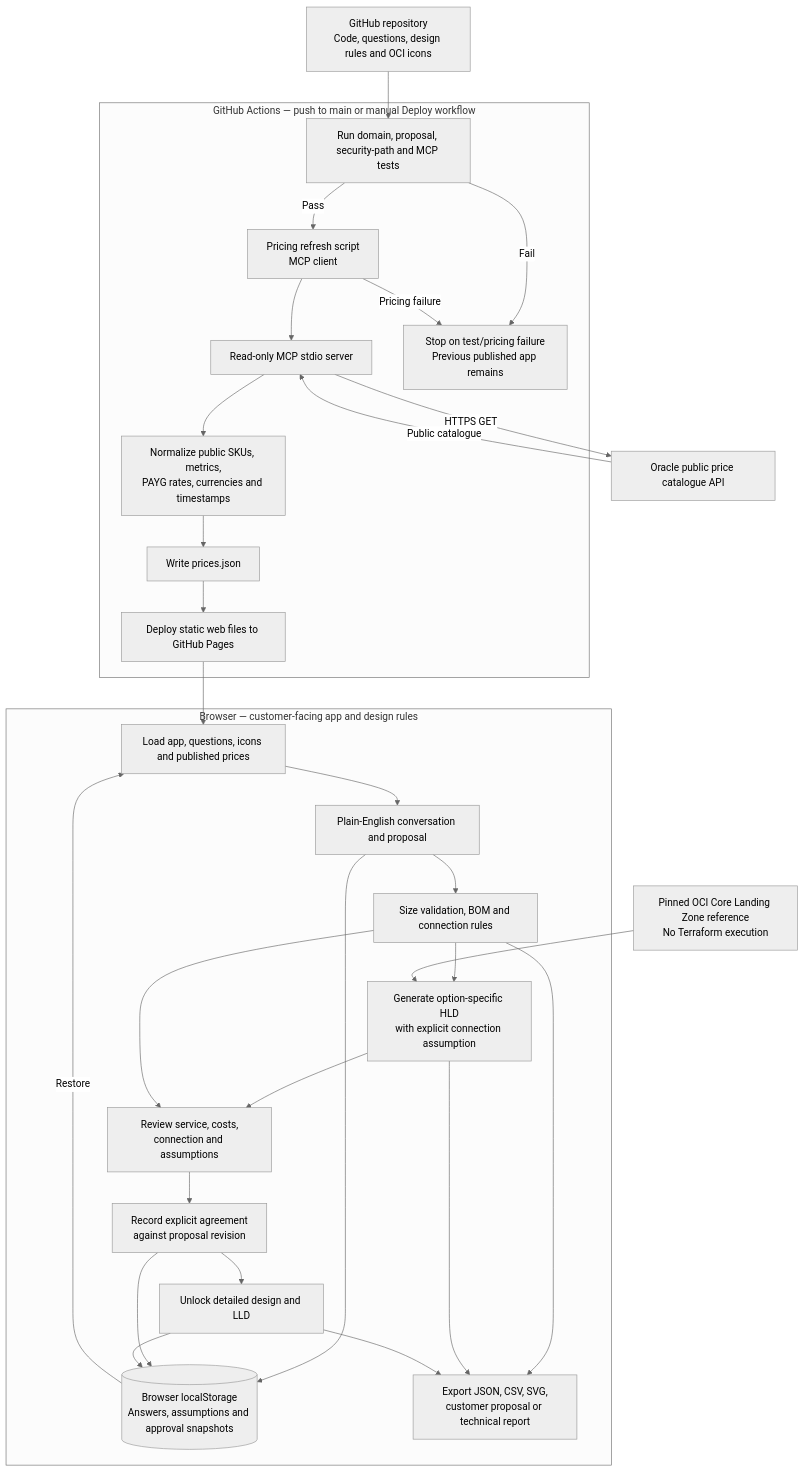
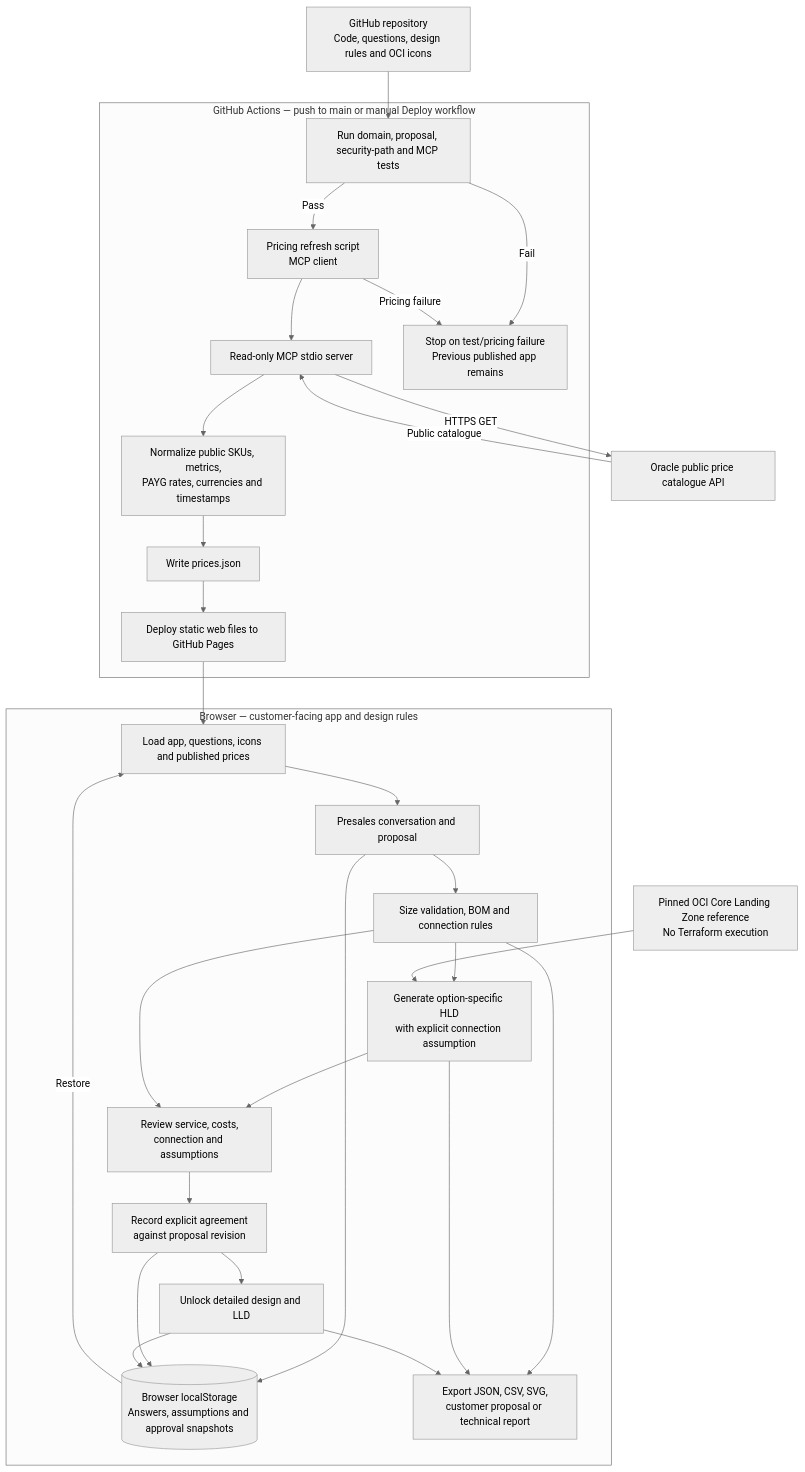
One commit to Ej4z4K/adb-design-studio changed the first of 3 diagrams in docs/backend-flow.md. Above: the diagram before and after it, drawn with Mermaid (neutral theme). The commit also changed other lines of this file and 7 other files, not shown here.

````diff
--- a/docs/backend-flow.md
+++ b/docs/backend-flow.md
@@ -7,44 +7,44 @@
 ```mermaid
 flowchart TB
     REPO["GitHub repository<br/>Code, questions, design rules and OCI icons"]
     subgraph ACTIONS["GitHub Actions — push to main or manual Deploy workflow"]
         TEST["Run domain, proposal, security-path and MCP tests"]
         CLIENT["Pricing refresh script<br/>MCP client"]
         MCP["Read-only MCP stdio server"]
         NORMALIZE["Normalize public SKUs, metrics,<br/>PAYG rates, currencies and timestamps"]
         SNAPSHOT["Write prices.json"]
         DEPLOY["Deploy static web files to GitHub Pages"]
         STOP["Stop on test/pricing failure<br/>Previous published app remains"]
         TEST -->|Pass| CLIENT --> MCP
         MCP --> NORMALIZE --> SNAPSHOT --> DEPLOY
         TEST -->|Fail| STOP
         CLIENT -->|Pricing failure| STOP
     end
     ORACLE["Oracle public price catalogue API"]
     REPO --> TEST
     MCP -->|HTTPS GET| ORACLE
     ORACLE -->|Public catalogue| MCP
     subgraph BROWSER["Browser — customer-facing app and design rules"]
         LOAD["Load app, questions, icons and published prices"]
-        SALES["Plain-English conversation and proposal"]
+        SALES["Presales conversation and proposal"]
         MODEL["Size validation, BOM and connection rules"]
         HLD["Generate option-specific HLD<br/>with explicit connection assumption"]
         REVIEW["Review service, costs,<br/>connection and assumptions"]
         GATE["Record explicit agreement<br/>against proposal revision"]
         DESIGN["Unlock detailed design and LLD"]
         STORAGE[("Browser localStorage<br/>Answers, assumptions and approval snapshots")]
         EXPORT["Export JSON, CSV, SVG,<br/>customer proposal or technical report"]
         LOAD --> SALES --> MODEL
         MODEL --> HLD --> REVIEW
         MODEL --> REVIEW --> GATE --> DESIGN
         SALES --> STORAGE
         GATE --> STORAGE
         DESIGN --> STORAGE
         STORAGE -->|Restore| LOAD
         MODEL --> EXPORT
         HLD --> EXPORT
         DESIGN --> EXPORT
     end
     DEPLOY --> LOAD
     LZ["Pinned OCI Core Landing Zone reference<br/>No Terraform execution"] --> HLD
 ```
````
